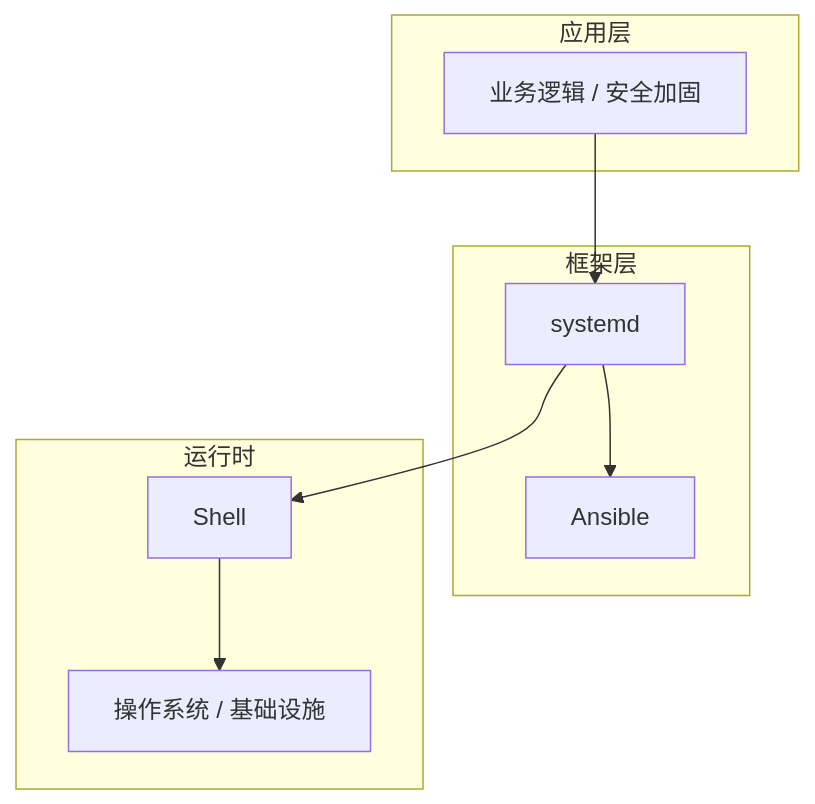
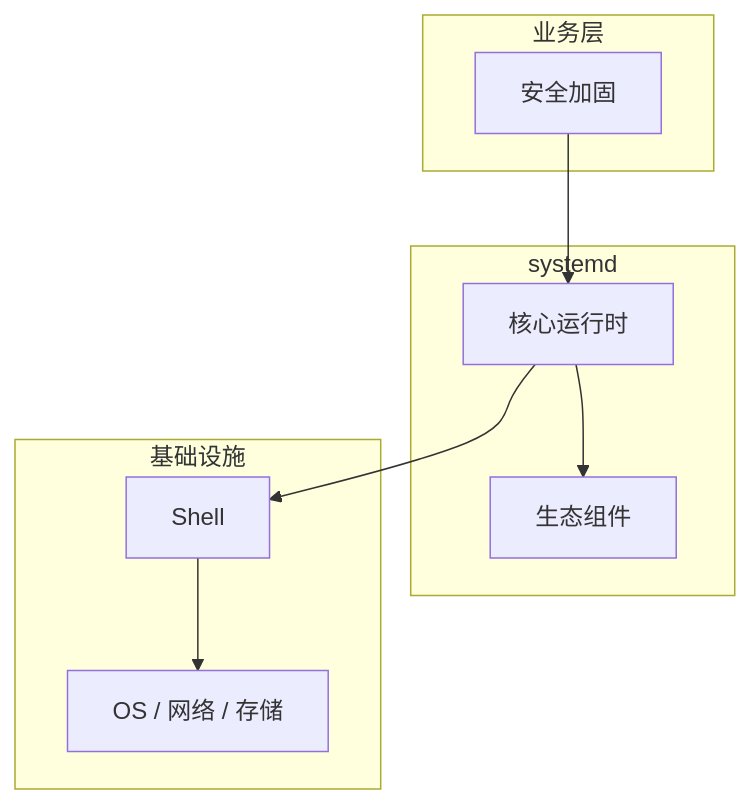
Before and after one commit to yanggan2015/knowledge-json-v2: the diagram in articles/Linux运维/chapters/091-安全加固核心概念与原理.md, drawn with Mermaid. The commit also changed other lines of this file and 10127 other files, not shown here.

````diff
--- a/articles/Linux运维/chapters/091-安全加固核心概念与原理.md
+++ b/articles/Linux运维/chapters/091-安全加固核心概念与原理.md
@@ -45,18 +34,18 @@
 ```mermaid
 graph TB
-    subgraph 应用层
-        A[业务逻辑 / 安全加固]
+    subgraph 业务层
+        A[安全加固]
     end
-    subgraph 框架层
-        B[systemd]
-        C[Ansible]
+    subgraph systemd
+        B[核心运行时]
+        C[生态组件]
     end
-    subgraph 运行时
+    subgraph 基础设施
         D[Shell]
-        E[操作系统 / 基础设施]
+        E[OS / 网络 / 存储]
     end
     A --> B
     B --> C
     B --> D
     D --> E
 ```
````
